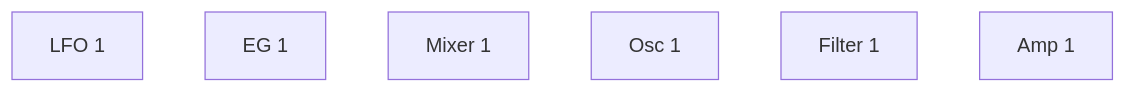
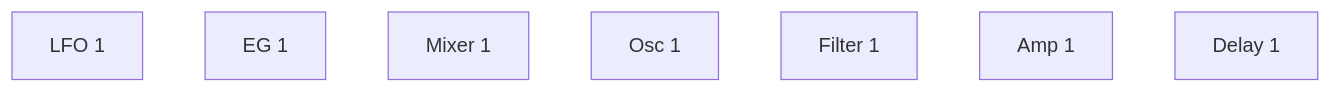
The second of 5 diagrams in spms1_type1/README.md (risgk/midi_synthesizer_spms1), drawn with Mermaid before and after one commit. The commit also changed other lines of this file and 7 other files, not shown here.

````diff
--- a/spms1_type1/README.md
+++ b/spms1_type1/README.md
@@ -195,4 +198,4 @@
 ```mermaid
 flowchart LR
-  LFO[LFO 1] ~~~ EG[EG 1] ~~~ MIX1[Mixer 1] ~~~ OSC[Osc 1] ~~~ FILTER[Filter 1] ~~~ AMP[Amp 1]
+  LFO[LFO 1] ~~~ EG[EG 1] ~~~ MIX1[Mixer 1] ~~~ OSC[Osc 1] ~~~ FILTER[Filter 1] ~~~ AMP[Amp 1] ~~~ DELAY[Delay 1]
 ```
````
